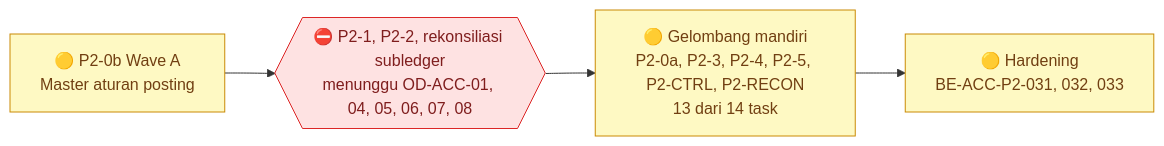
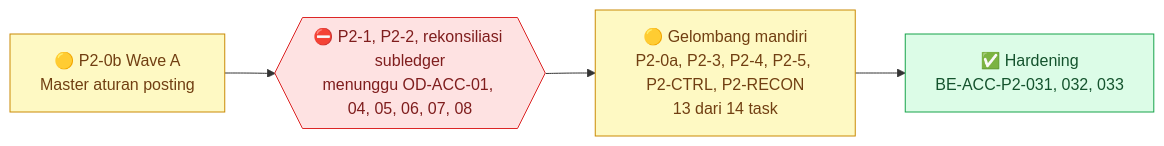
Before and after one commit to DevBenari/NewQuilvianSystemBackend: the first of 3 diagrams in docs/module-blueprints/accounting/roadmap/backend-roadmap-phase2.md, drawn with Mermaid. The commit also changed other lines of this file and 8 other files, not shown here.

````diff
--- a/docs/module-blueprints/accounting/roadmap/backend-roadmap-phase2.md
+++ b/docs/module-blueprints/accounting/roadmap/backend-roadmap-phase2.md
@@ -42,17 +42,17 @@
 ```mermaid
 flowchart LR
     classDef selesai fill:#DCFCE7,stroke:#16A34A,color:#14532D
     classDef sebagian fill:#FEF9C3,stroke:#CA8A04,color:#713F12
     classDef terblokir fill:#FEE2E2,stroke:#DC2626,color:#7F1D1D
     classDef belum fill:#F1F5F9,stroke:#64748B,color:#0F172A
     classDef luar fill:#EDE9FE,stroke:#7C3AED,color:#3B0764
 
     SMANDIRI["🟡 Gelombang mandiri<br/>P2-0a, P2-3, P2-4, P2-5, P2-CTRL, P2-RECON<br/>13 dari 14 task"]:::sebagian
-    SHARD["🟡 Hardening<br/>BE-ACC-P2-031, 032, 033"]:::sebagian
+    SHARD["✅ Hardening<br/>BE-ACC-P2-031, 032, 033"]:::selesai
     SP20B["🟡 P2-0b Wave A<br/>Master aturan posting"]:::sebagian
     GP21{{"⛔ P2-1, P2-2, rekonsiliasi subledger<br/>menunggu OD-ACC-01, 04, 05, 06, 07, 08"}}:::terblokir
 
     SMANDIRI --> SHARD
     SP20B --> GP21
     GP21 --> SMANDIRI
 ```
````
